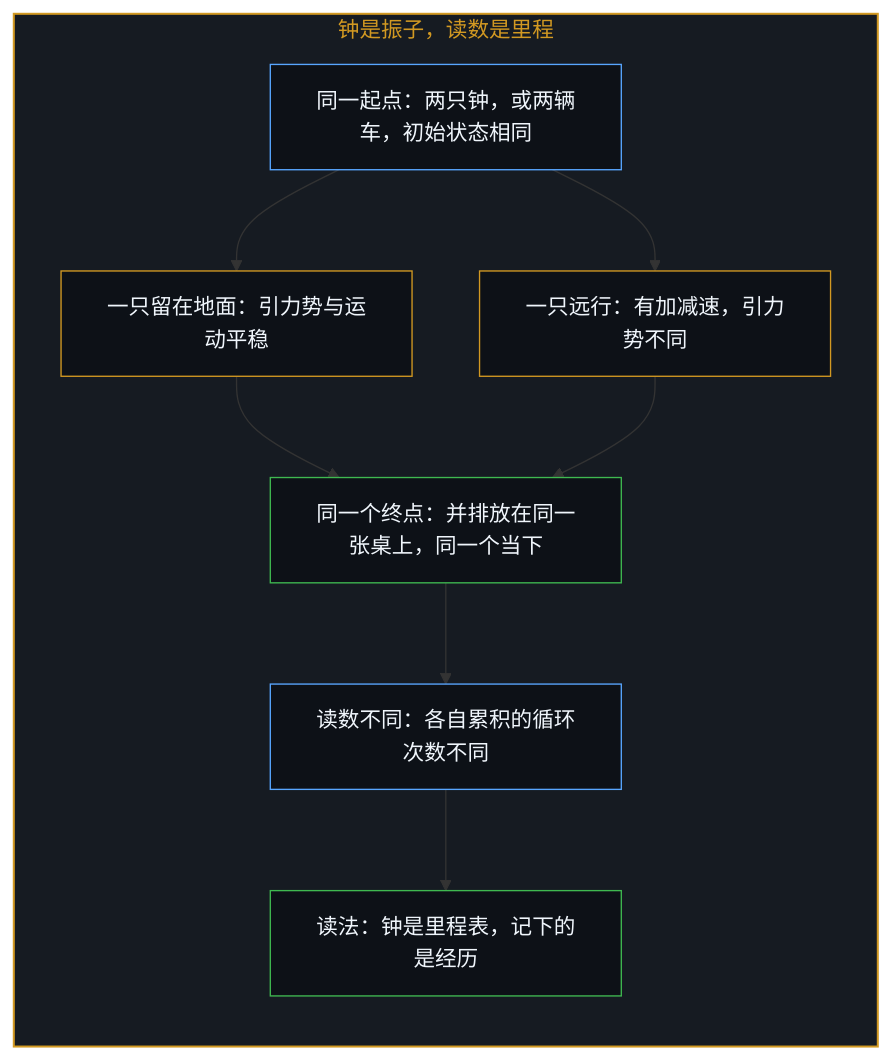
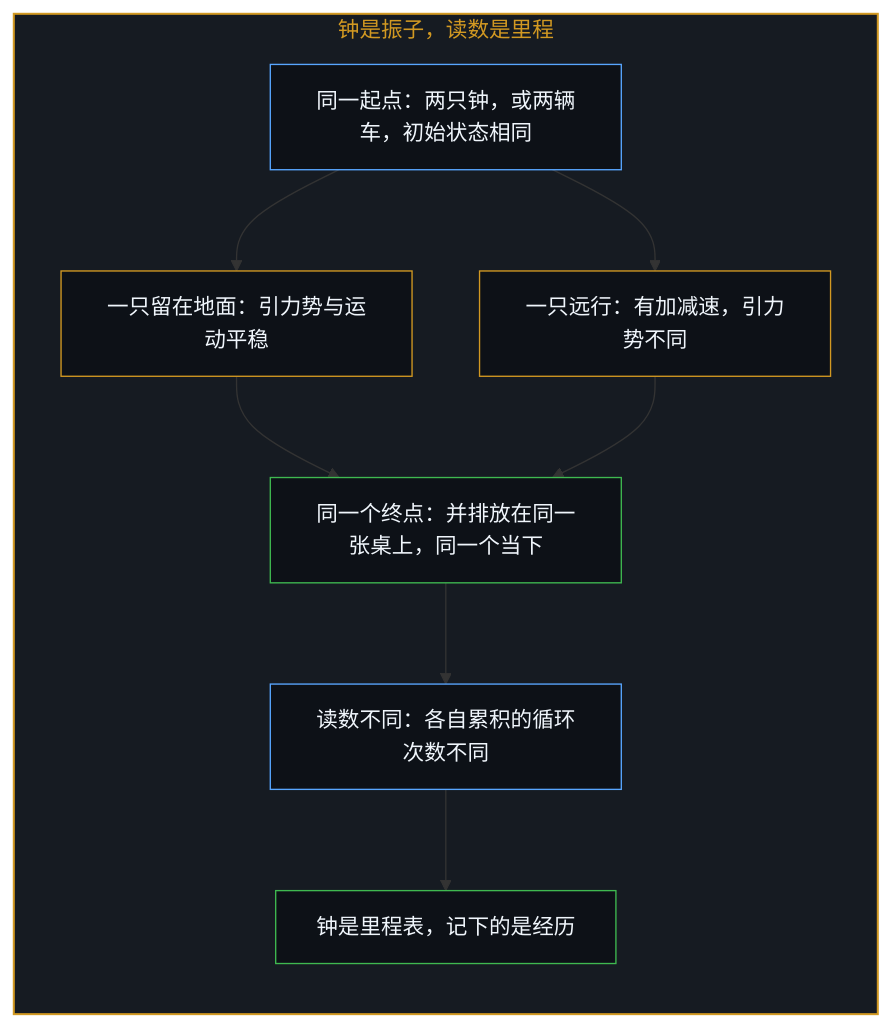
Before and after one commit to powerpig99/not-a-toe: the seventh of 18 diagrams in content/posts/the-twin-paradox-and-the-hidden-observer.md, drawn with Mermaid. The commit also changed other lines of this file and 2 other files, not shown here.

````diff
--- a/content/posts/the-twin-paradox-and-the-hidden-observer.md
+++ b/content/posts/the-twin-paradox-and-the-hidden-observer.md
@@ -221,26 +221,26 @@
 ```mermaid
 flowchart TD
     subgraph S_Clock["钟是振子，读数是里程"]
         direction TB
         Start["同一起点：两只钟，或两辆车，初始状态相同"]
         PathGround["一只留在地面：引力势与运动平稳"]
         PathAway["一只远行：有加减速，引力势不同"]
         Garage["同一个终点：并排放在同一张桌上，同一个当下"]
         Diff["读数不同：各自累积的循环次数不同"]
-        Odo["读法：钟是里程表，记下的是经历"]
+        Odo["钟是里程表，记下的是经历"]
         Start --> PathGround
         Start --> PathAway
         PathGround --> Garage
         PathAway --> Garage
         Garage --> Diff
         Diff --> Odo
     end
 
     style S_Clock fill:#161b22,stroke:#d29922,stroke-width:1.5px,color:#d29922
     style Start fill:#0d1117,stroke:#58a6ff,stroke-width:1px,color:#f0f6fc
     style PathGround fill:#0d1117,stroke:#d29922,stroke-width:1px,color:#f0f6fc
     style PathAway fill:#0d1117,stroke:#d29922,stroke-width:1px,color:#f0f6fc
     style Garage fill:#0d1117,stroke:#3fb950,stroke-width:1px,color:#f0f6fc
     style Diff fill:#0d1117,stroke:#58a6ff,stroke-width:1px,color:#f0f6fc
     style Odo fill:#0d1117,stroke:#3fb950,stroke-width:1px,color:#f0f6fc
 ```
````
